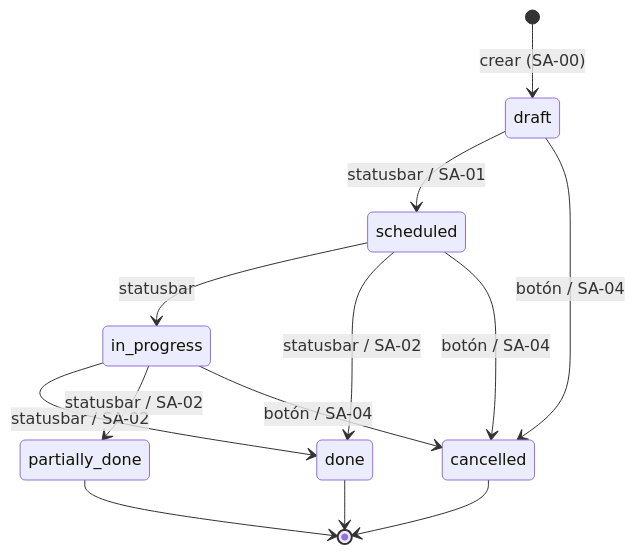
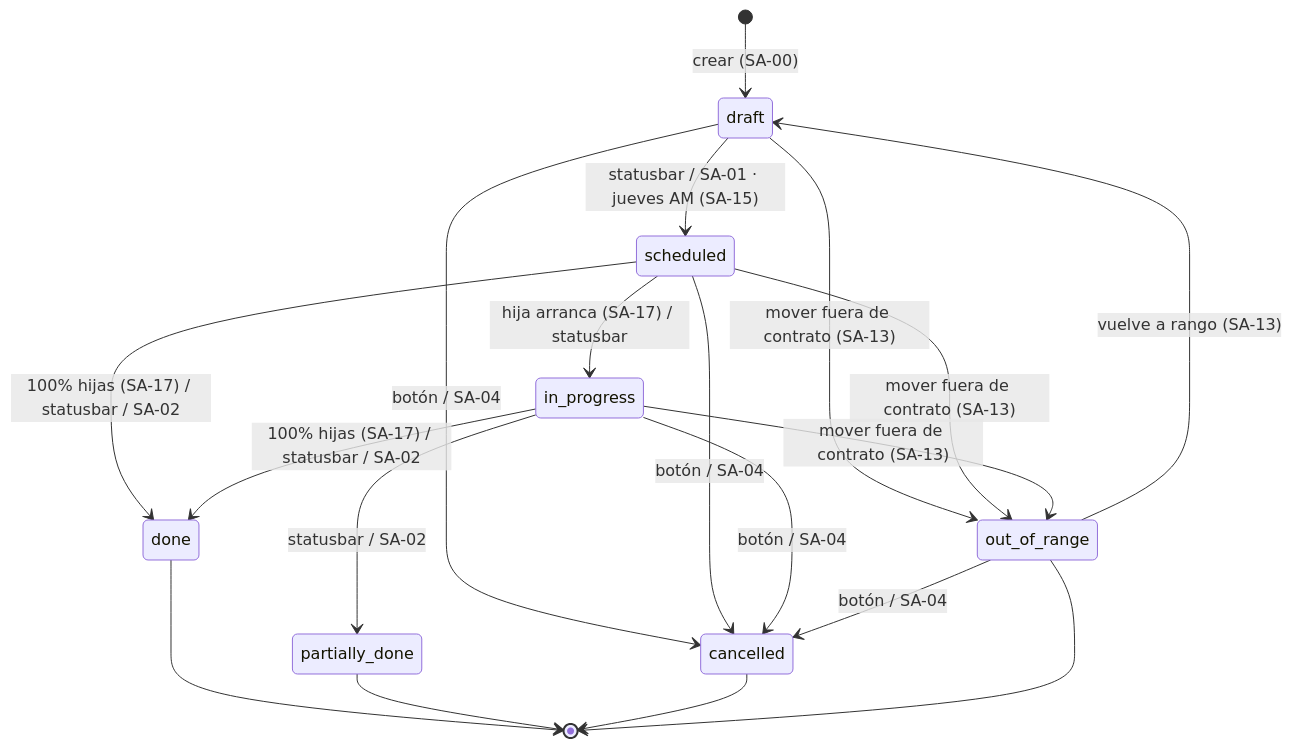
The third of 26 diagrams in maintenance_plan/PROCESOS_Y_FLUJOS.md (dcuerowe/odoo_con_mantenciones), drawn with Mermaid before and after one commit. The commit also changed other lines of this file and 1 other file, not shown here.

````diff
--- a/maintenance_plan/PROCESOS_Y_FLUJOS.md
+++ b/maintenance_plan/PROCESOS_Y_FLUJOS.md
@@ -82,15 +98,21 @@
 ```mermaid
 stateDiagram-v2
     [*] --> draft: crear (SA-00)
-    draft --> scheduled: statusbar / SA-01
-    scheduled --> in_progress: statusbar
-    scheduled --> done: statusbar / SA-02
-    in_progress --> done: statusbar / SA-02
+    draft --> scheduled: statusbar / SA-01 · jueves AM (SA-15)
+    scheduled --> in_progress: hija arranca (SA-17) / statusbar
+    scheduled --> done: 100% hijas (SA-17) / statusbar / SA-02
+    in_progress --> done: 100% hijas (SA-17) / statusbar / SA-02
     in_progress --> partially_done: statusbar / SA-02
+    draft --> out_of_range: mover fuera de contrato (SA-13)
+    scheduled --> out_of_range: mover fuera de contrato (SA-13)
+    in_progress --> out_of_range: mover fuera de contrato (SA-13)
+    out_of_range --> draft: vuelve a rango (SA-13)
     draft --> cancelled: botón / SA-04
     scheduled --> cancelled: botón / SA-04
     in_progress --> cancelled: botón / SA-04
+    out_of_range --> cancelled: botón / SA-04
     done --> [*]
     partially_done --> [*]
     cancelled --> [*]
+    out_of_range --> [*]
 ```
````
